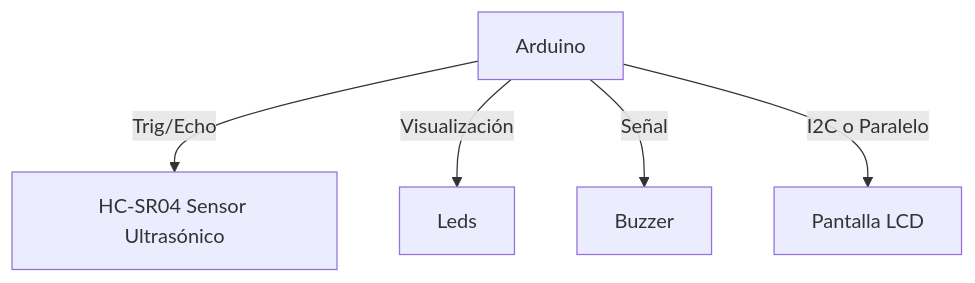
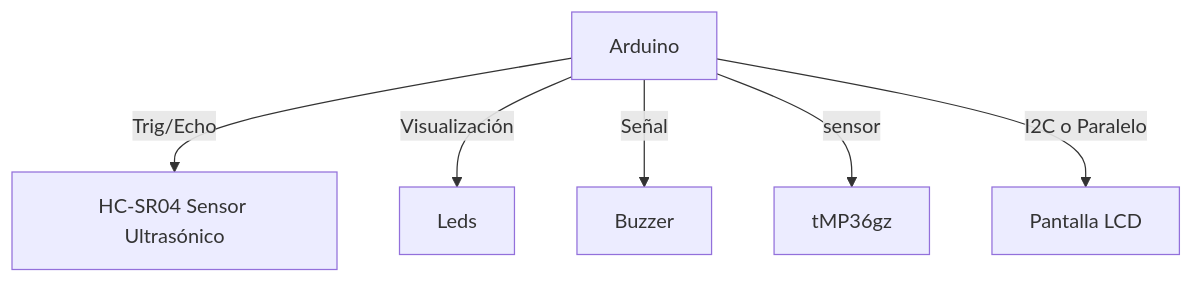
One commit to JohnRojas06289/IOT2025 changed the first of 3 diagrams in README.md. Above: the diagram before and after it, drawn with Mermaid.

````diff
--- a/README.md
+++ b/README.md
@@ -74,8 +74,9 @@
 ```mermaid
 graph TD;
     A[Arduino] -->|Trig/Echo| B[HC-SR04 Sensor Ultrasónico]
     A -->|Visualización| C[Leds]
     A -->|Señal| D[Buzzer]
+    A -->|sensor| F[tMP36gz]
     A -->|I2C o Paralelo| E[Pantalla LCD]
 
 ```
````
